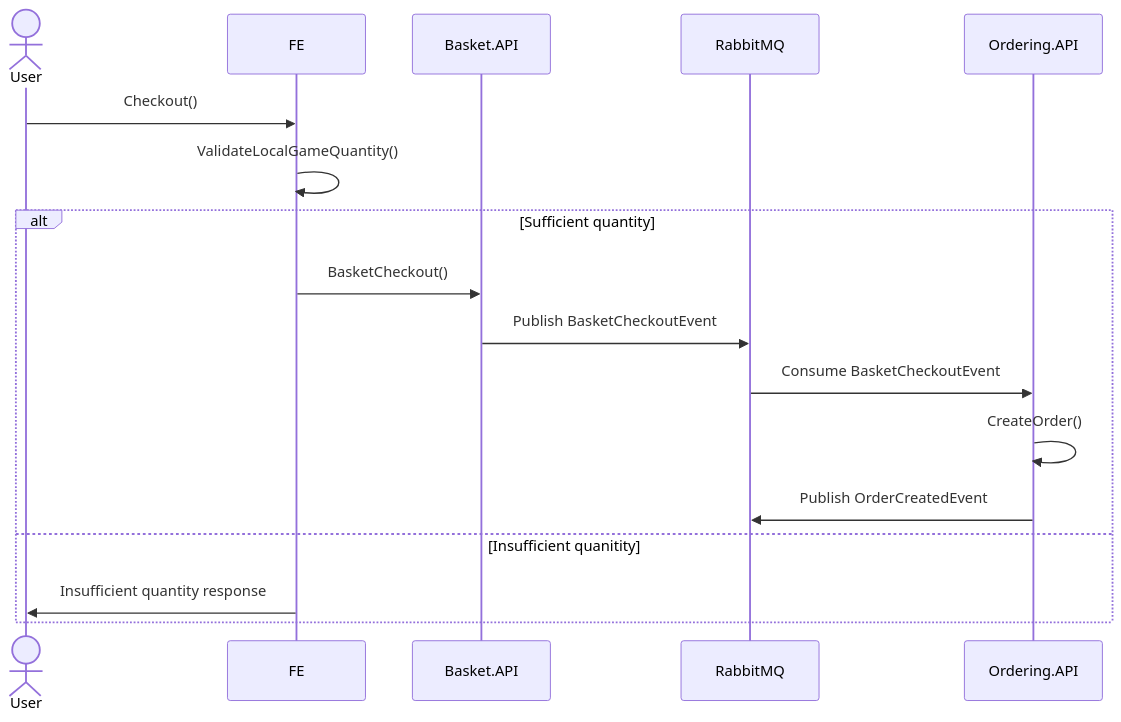
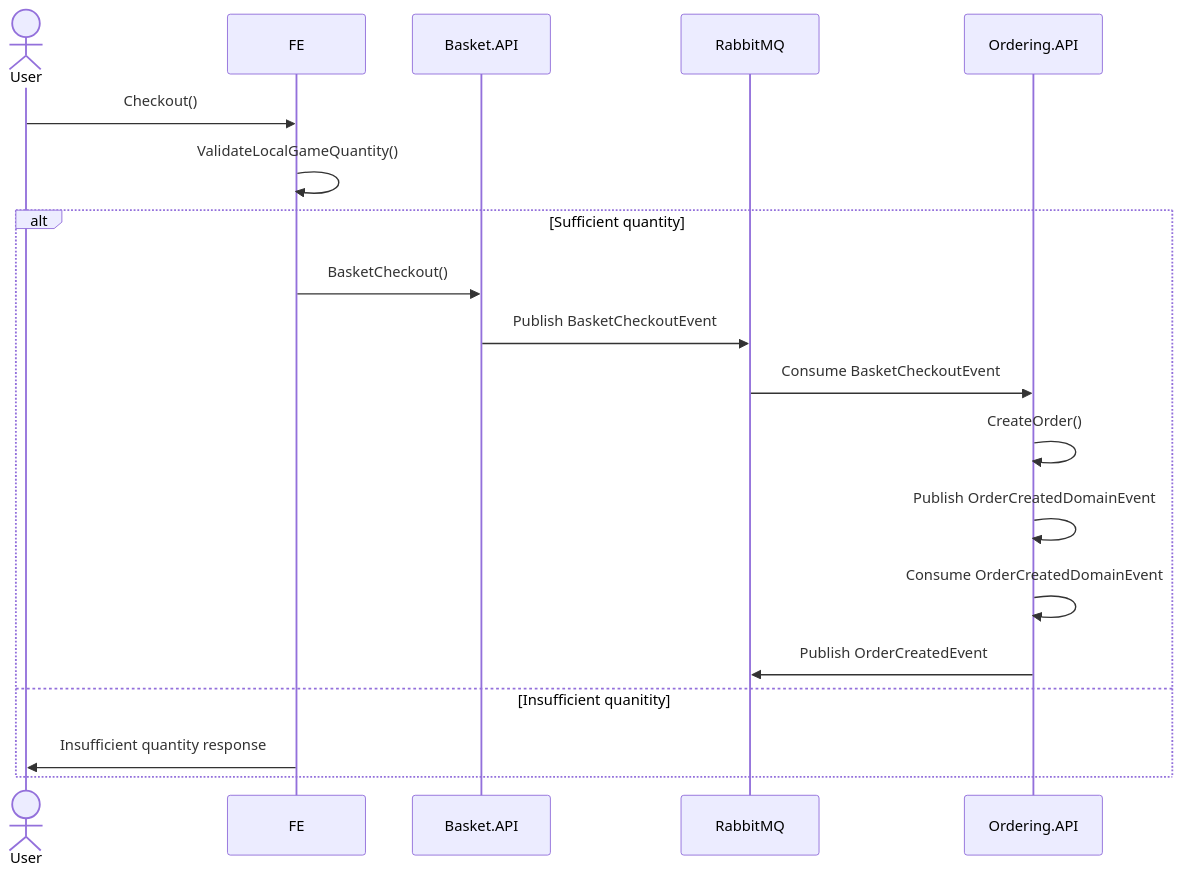
The fourth of 4 diagrams in document/doc.md (Jangkuz/PRN232-Group-Assignment), drawn with Mermaid before and after one commit. The commit also changed 34 other files, not shown here.

Commit message:
Fix: Publishing OrderCreated Integration Event

````diff
--- a/document/doc.md
+++ b/document/doc.md
@@ -89,15 +89,17 @@
 ```mermaid
 sequenceDiagram
 actor User
 User ->> FE: Checkout()
 FE ->> FE: ValidateLocalGameQuantity()
 alt Sufficient quantity
 FE ->> Basket.API: BasketCheckout()
 Basket.API ->> RabbitMQ: Publish BasketCheckoutEvent
 RabbitMQ ->> Ordering.API: Consume BasketCheckoutEvent
 Ordering.API ->> Ordering.API: CreateOrder()
+Ordering.API ->> Ordering.API: Publish OrderCreatedDomainEvent
+Ordering.API ->> Ordering.API: Consume OrderCreatedDomainEvent
 Ordering.API ->> RabbitMQ: Publish OrderCreatedEvent
 else Insufficient quanitity
 FE ->> User: Insufficient quantity response
 end
 ```
````
